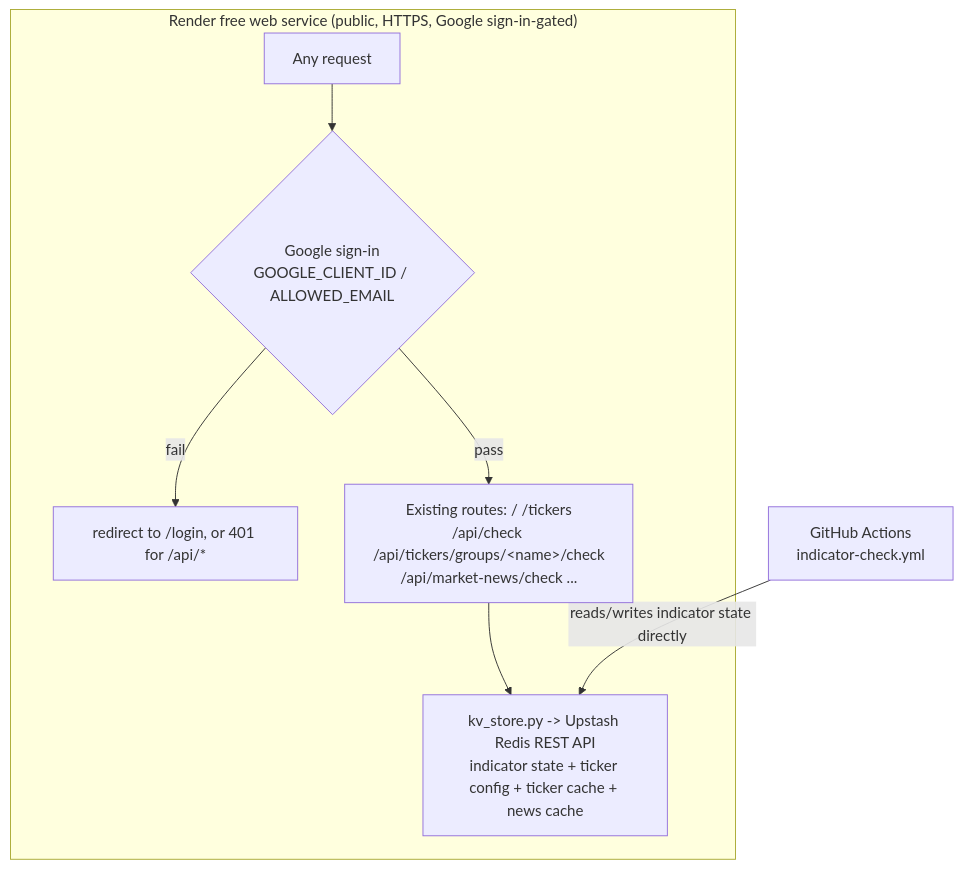
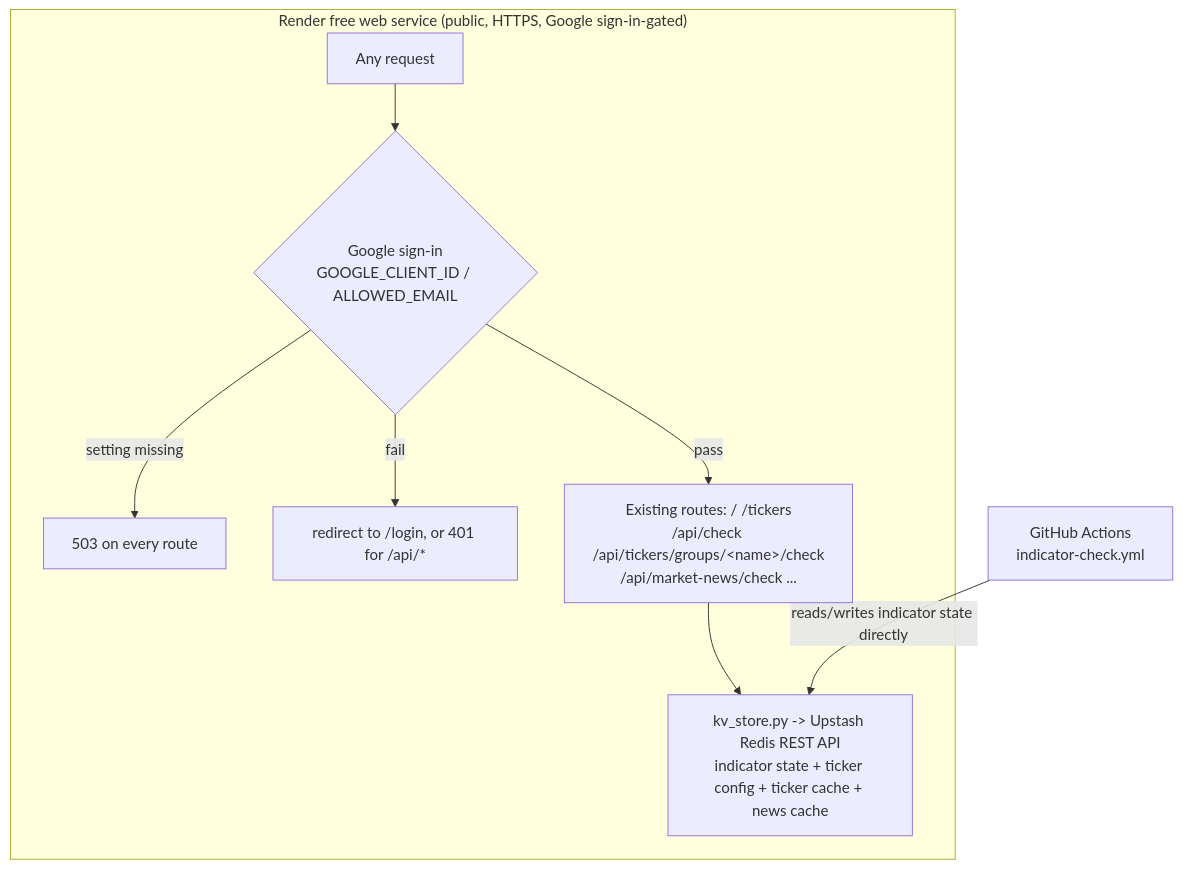
One commit to lw7ylw7y/financials-public changed the second of 2 diagrams in docs/v2_technical_design.md. Above: the diagram before and after it, drawn with Mermaid. The commit also changed other lines of this file and 8 other files, not shown here.

Commit message:
Fail closed: every route returns 503 while any sign-in setting is unset

````diff
--- a/docs/v2_technical_design.md
+++ b/docs/v2_technical_design.md
@@ -236,10 +236,11 @@
 ```mermaid
 graph TD
     subgraph "Render free web service (public, HTTPS, Google sign-in-gated)"
         REQ[Any request] --> AUTH{Google sign-in<br/>GOOGLE_CLIENT_ID / ALLOWED_EMAIL}
+        AUTH -->|setting missing| R503[503 on every route]
         AUTH -->|fail| R401[redirect to /login, or 401 for /api/*]
         AUTH -->|pass| ROUTES[Existing routes: / /tickers<br/>/api/check /api/tickers/groups/&lt;name&gt;/check<br/>/api/market-news/check ...]
         ROUTES --> KV[kv_store.py -> Upstash Redis REST API<br/>indicator state + ticker config + ticker cache + news cache]
     end
     GH[GitHub Actions<br/>indicator-check.yml] -->|reads/writes indicator state directly| KV
 ```
````
